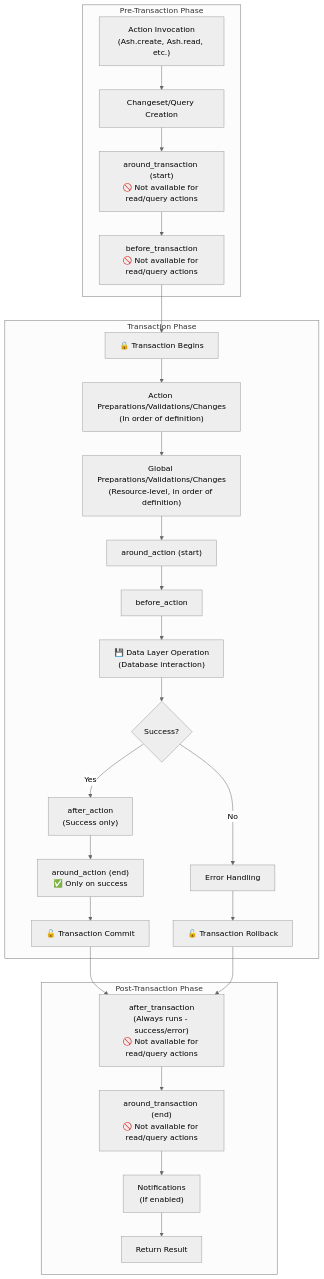
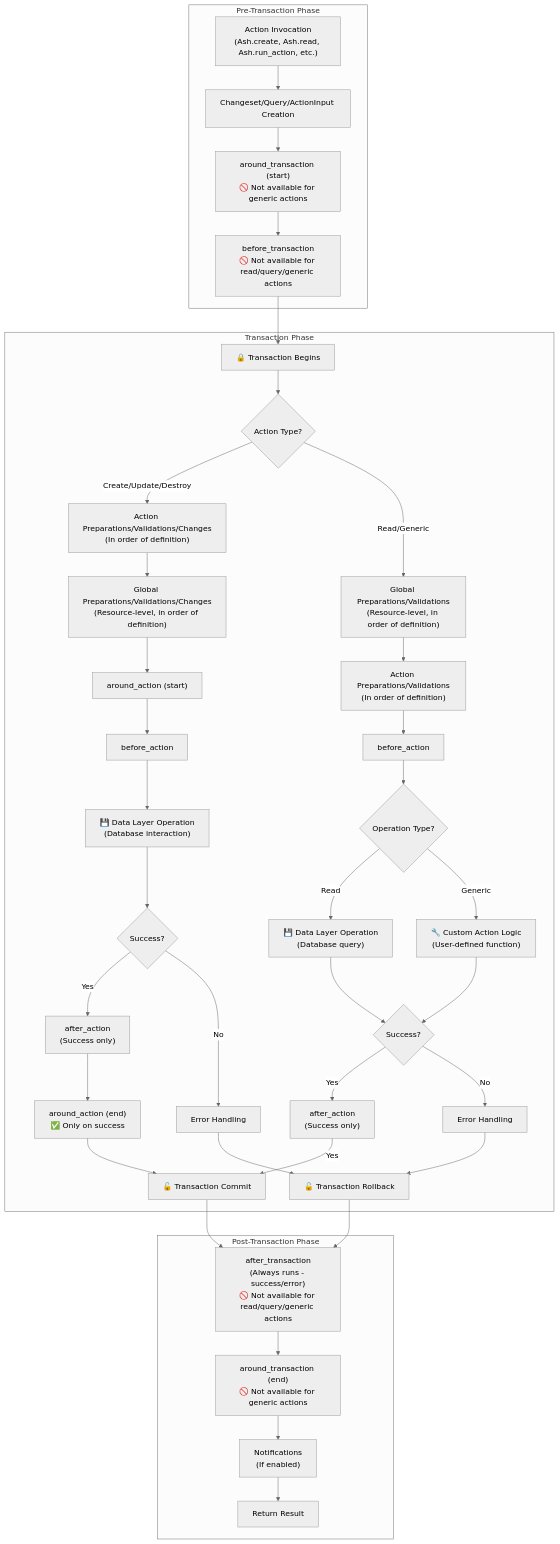
Before and after one commit to ash-project/ash: the diagram in documentation/topics/actions/actions.md, drawn with Mermaid (neutral theme). The commit also changed other lines of this file and 31 other files, not shown here.

Commit message:
improvement: support validations, preparations on generic actions improvement: add before/after action hooks to generic actions

````diff
--- a/documentation/topics/actions/actions.md
+++ b/documentation/topics/actions/actions.md
@@ -297,33 +297,50 @@
 ```mermaid
 graph TD
     subgraph "Pre-Transaction Phase"
-        START["Action Invocation<br/>(Ash.create, Ash.read, etc.)"] --> PREP["Changeset/Query Creation"]
-        PREP --> AROUND_START["around_transaction (start)<br/>🚫 Not available for read/query actions"]
-        AROUND_START --> BEFORE_TRANS["before_transaction<br/>🚫 Not available for read/query actions"]
+        START["Action Invocation<br/>(Ash.create, Ash.read, Ash.run_action, etc.)"] --> PREP["Changeset/Query/ActionInput Creation"]
+        PREP --> AROUND_START["around_transaction (start)<br/>🚫 Not available for generic actions"]
+        AROUND_START --> BEFORE_TRANS["before_transaction<br/>🚫 Not available for read/query/generic actions"]
     end
     
     subgraph "Transaction Phase"
-        TRANS_START["🔒 Transaction Begins"] --> ACTION_PREP["Action Preparations/Validations/Changes<br/>(In order of definition)"]
-        ACTION_PREP --> GLOBAL_PREP["Global Preparations/Validations/Changes<br/>(Resource-level, in order of definition)"]
-        GLOBAL_PREP --> AROUND_ACTION_START["around_action (start)"]
-        AROUND_ACTION_START --> BEFORE_ACTION["before_action"]
-        BEFORE_ACTION --> DATA_LAYER["💾 Data Layer Operation<br/>(Database interaction)"]
-        DATA_LAYER --> SUCCESS{"Success?"}
-        SUCCESS -->|Yes| AFTER_ACTION["after_action<br/>(Success only)"]
-        SUCCESS -->|No| ERROR_HANDLE["Error Handling"]
-        AFTER_ACTION --> AROUND_ACTION_END["around_action (end)<br/>✅ Only on success"]
-        ERROR_HANDLE --> TRANS_ROLLBACK["🔓 Transaction Rollback"]
-        AROUND_ACTION_END --> TRANS_COMMIT["🔓 Transaction Commit"]
+        TRANS_START["🔒 Transaction Begins"] --> ACTION_TYPE{"Action Type?"}
+        
+        %% Create/Update/Destroy path
+        ACTION_TYPE -->|"Create/Update/Destroy"| CUD_ACTION_PREP["Action Preparations/Validations/Changes<br/>(In order of definition)"]
+        CUD_ACTION_PREP --> CUD_GLOBAL_PREP["Global Preparations/Validations/Changes<br/>(Resource-level, in order of definition)"]
+        CUD_GLOBAL_PREP --> CUD_AROUND_ACTION_START["around_action (start)"]
+        CUD_AROUND_ACTION_START --> CUD_BEFORE_ACTION["before_action"]
+        CUD_BEFORE_ACTION --> DATA_LAYER["💾 Data Layer Operation<br/>(Database interaction)"]
+        DATA_LAYER --> CUD_SUCCESS{"Success?"}
+        CUD_SUCCESS -->|Yes| CUD_AFTER_ACTION["after_action<br/>(Success only)"]
+        CUD_SUCCESS -->|No| CUD_ERROR_HANDLE["Error Handling"]
+        CUD_AFTER_ACTION --> CUD_AROUND_ACTION_END["around_action (end)<br/>✅ Only on success"]
+        CUD_ERROR_HANDLE --> TRANS_ROLLBACK["🔓 Transaction Rollback"]
+        CUD_AROUND_ACTION_END --> TRANS_COMMIT["🔓 Transaction Commit"]
+        
+        %% Read/Generic path
+        ACTION_TYPE -->|"Read/Generic"| RG_GLOBAL_PREP["Global Preparations/Validations<br/>(Resource-level, in order of definition)"]
+        RG_GLOBAL_PREP --> RG_ACTION_PREP["Action Preparations/Validations<br/>(In order of definition)"]
+        RG_ACTION_PREP --> RG_BEFORE_ACTION[before_action]
+        RG_BEFORE_ACTION --> RG_OPERATION{"Operation Type?"}
+        RG_OPERATION -->|"Read"| READ_DATA_LAYER["💾 Data Layer Operation<br/>(Database query)"]
+        RG_OPERATION -->|"Generic"| GENERIC_LOGIC["🔧 Custom Action Logic<br/>(User-defined function)"]
+        READ_DATA_LAYER --> RG_SUCCESS{"Success?"}
+        GENERIC_LOGIC --> RG_SUCCESS
+        RG_SUCCESS -->|Yes| RG_AFTER_ACTION["after_action<br/>(Success only)"]
+        RG_AFTER_ACTION -->|Yes| TRANS_COMMIT
+        RG_SUCCESS -->|No| RG_ERROR_HANDLE["Error Handling"]
+        RG_ERROR_HANDLE --> TRANS_ROLLBACK
     end
     
     subgraph "Post-Transaction Phase"
-        AFTER_TRANS["after_transaction<br/>(Always runs - success/error)<br/>🚫 Not available for read/query actions"] --> AROUND_END["around_transaction (end)<br/>🚫 Not available for read/query actions"]
+        AFTER_TRANS["after_transaction<br/>(Always runs - success/error)<br/>🚫 Not available for read/query/generic actions"] --> AROUND_END["around_transaction (end)<br/>🚫 Not available for generic actions"]
         AROUND_END --> NOTIFICATIONS["Notifications<br/>(If enabled)"]
         NOTIFICATIONS --> RESULT["Return Result"]
     end
     
     %% Flow connections
     BEFORE_TRANS --> TRANS_START
     TRANS_COMMIT --> AFTER_TRANS
     TRANS_ROLLBACK --> AFTER_TRANS
 ```
````
